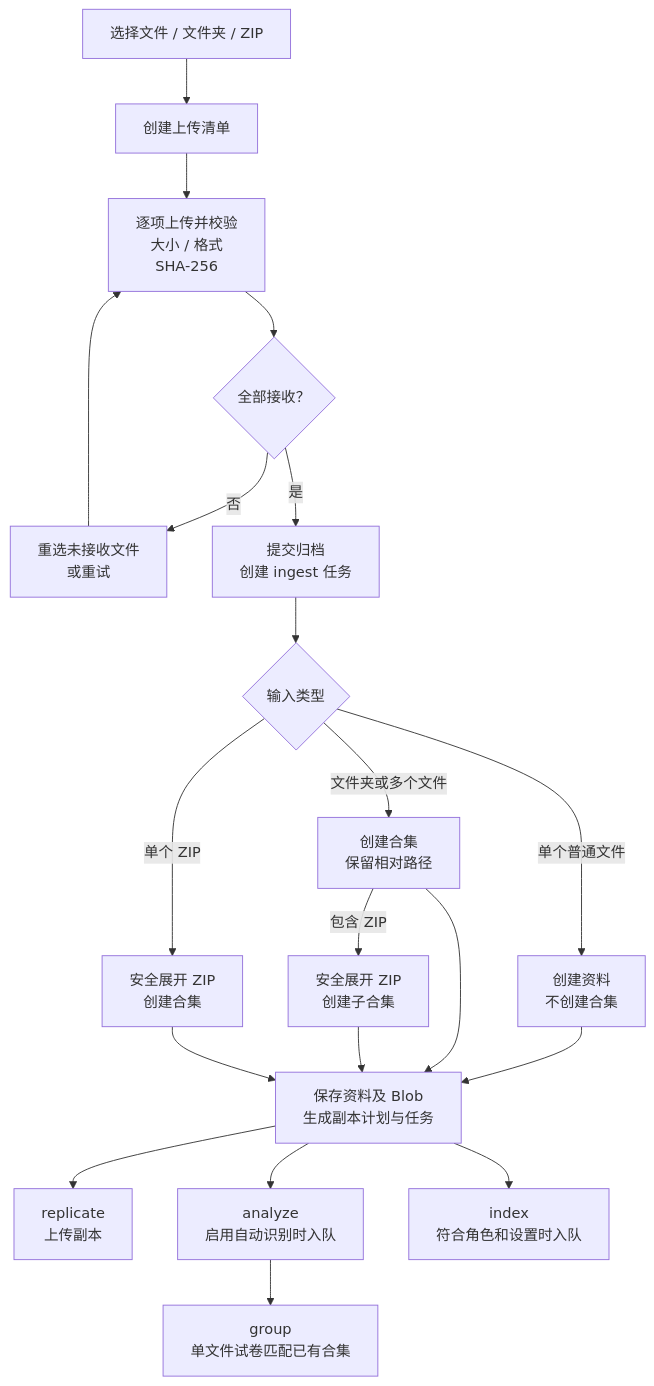
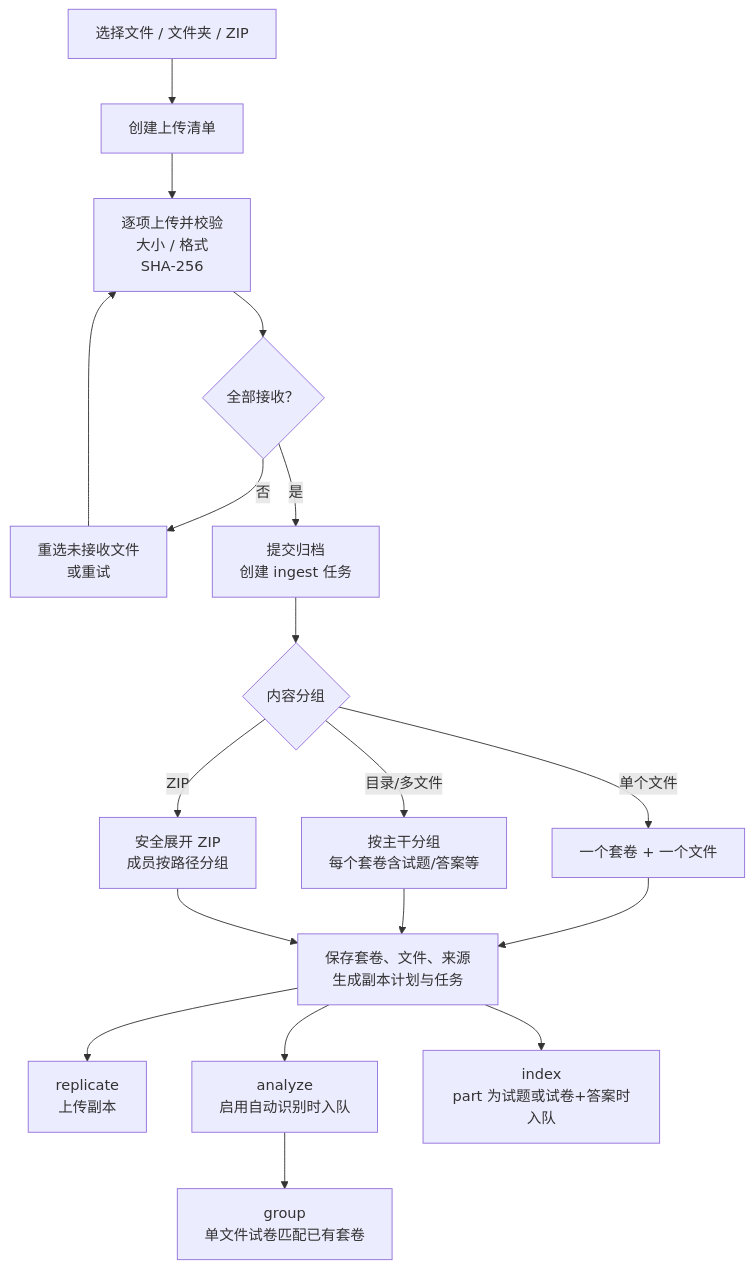
Before and after one commit to macanine/paper-collect: the second of 3 diagrams in README.md, drawn with Mermaid. The commit also changed other lines of this file and 4 other files, not shown here.

First line of the commit message:
docs: align API, architecture, data and README with the pack model

````diff
--- a/README.md
+++ b/README.md
@@ -193,22 +198,20 @@
 ```mermaid
 flowchart TD
     Select["选择文件 / 文件夹 / ZIP"] --> Manifest["创建上传清单"]
     Manifest --> Transfer["逐项上传并校验<br/>大小 / 格式<br/>SHA-256"]
     Transfer --> Received{"全部接收？"}
     Received -->|"否"| Resume["重选未接收文件<br/>或重试"]
     Resume --> Transfer
     Received -->|"是"| Finalize["提交归档<br/>创建 ingest 任务"]
-    Finalize --> Kind{"输入类型"}
-    Kind -->|"单个普通文件"| Single["创建资料<br/>不创建合集"]
-    Kind -->|"文件夹或多个文件"| Batch["创建合集<br/>保留相对路径"]
-    Kind -->|"单个 ZIP"| Zip["安全展开 ZIP<br/>创建合集"]
-    Single --> Commit["保存资料及 Blob<br/>生成副本计划与任务"]
+    Finalize --> Kind{"内容分组"}
+    Kind -->|"单个文件"| Single["一个套卷 + 一个文件"]
+    Kind -->|"目录/多文件"| Batch["按主干分组<br/>每个套卷含试题/答案等"]
+    Kind -->|"ZIP"| Zip["安全展开 ZIP<br/>成员按路径分组"]
+    Single --> Commit["保存套卷、文件、来源<br/>生成副本计划与任务"]
     Batch --> Commit
-    Batch -->|"包含 ZIP"| SubZip["安全展开 ZIP<br/>创建子合集"]
-    SubZip --> Commit
     Zip --> Commit
     Commit --> Replica["replicate<br/>上传副本"]
     Commit --> Analyze["analyze<br/>启用自动识别时入队"]
-    Commit --> Index["index<br/>符合角色和设置时入队"]
-    Analyze --> Group["group<br/>单文件试卷匹配已有合集"]
+    Commit --> Index["index<br/>part 为试题或试卷+答案时入队"]
+    Analyze --> Group["group<br/>单文件试卷匹配已有套卷"]
 ```
````
